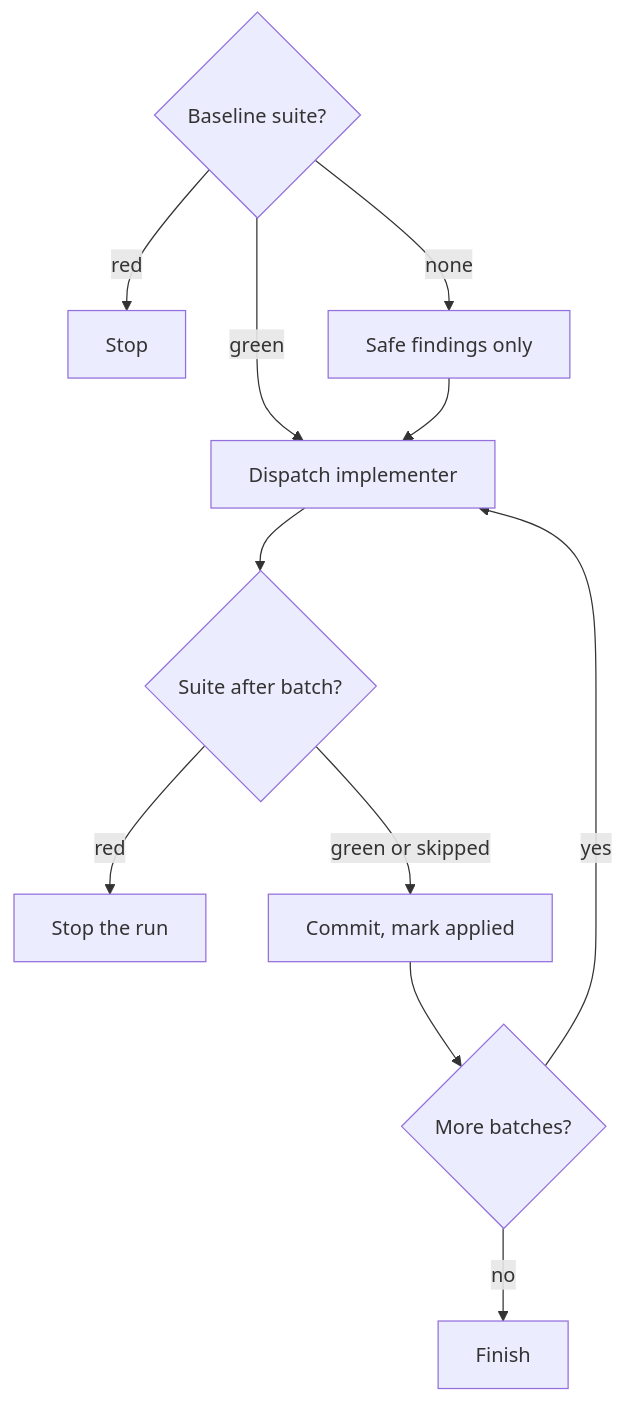
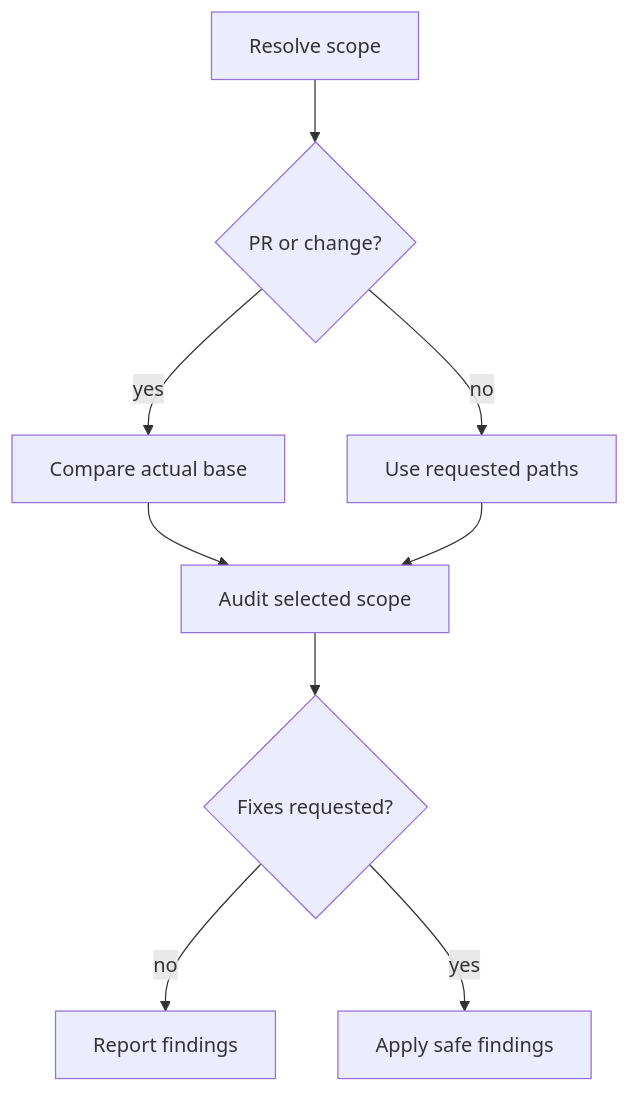
One commit to damusix/atomic-claude changed the diagram in context/commands/deslop.md. Above: the diagram before and after it, drawn with Mermaid. The commit also changed other lines of this file and 203 other files, not shown here.

````diff
--- a/context/commands/deslop.md
+++ b/context/commands/deslop.md
@@ -187,13 +9,11 @@
 ```mermaid
 flowchart TD
-    B{"Baseline suite?"} -->|red| X["Stop"]
-    B -->|none| O["Safe findings only"]
-    B -->|green| I["Dispatch implementer"]
-    O --> I
-    I --> T{"Suite after batch?"}
-    T -->|red| X2["Stop the run"]
-    T -->|green or skipped| C["Commit, mark applied"]
-    C --> M{"More batches?"}
-    M -->|yes| I
-    M -->|no| F["Finish"]
+    A["Resolve scope"] --> B{"PR or change?"}
+    B -->|yes| C["Compare actual base"]
+    B -->|no| D["Use requested paths"]
+    C --> E["Audit selected scope"]
+    D --> E
+    E --> F{"Fixes requested?"}
+    F -->|no| G["Report findings"]
+    F -->|yes| H["Apply safe findings"]
 ```
````
